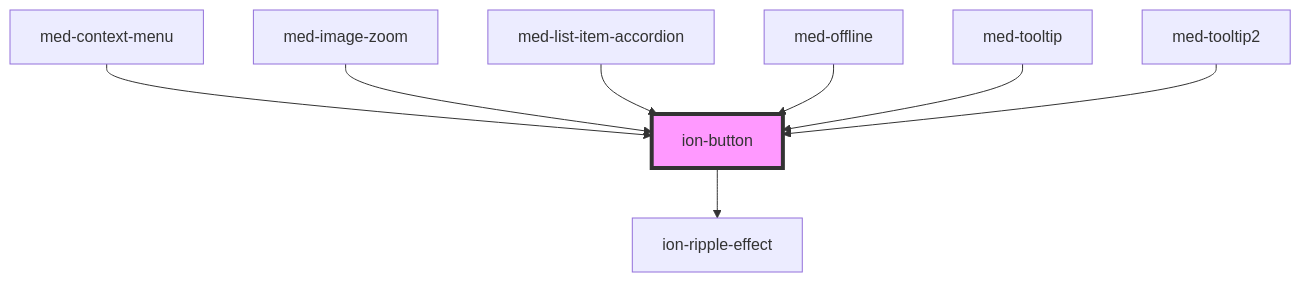
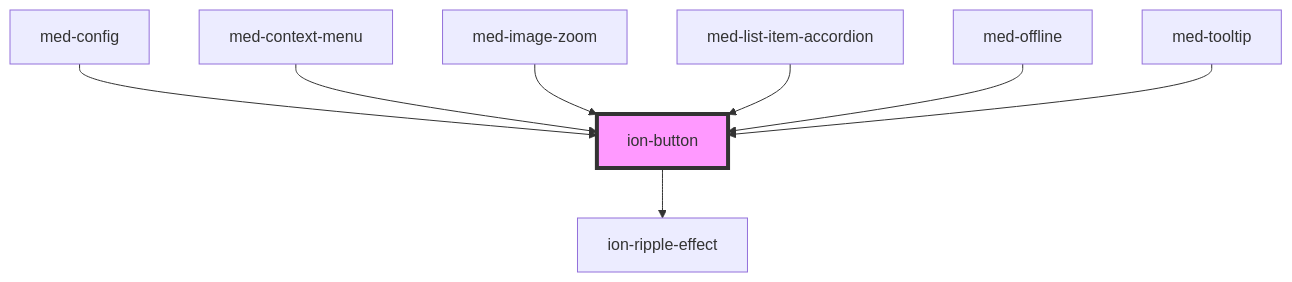
Before and after one commit to ionic-team/ionic-framework: the diagram in core/src/components/button/readme.md, drawn with Mermaid. The commit also changed other lines of this file and 450 other files, not shown here.

````diff
--- a/core/src/components/button/readme.md
+++ b/core/src/components/button/readme.md
@@ -384,11 +386,11 @@
 ```mermaid
 graph TD;
   ion-button --> ion-ripple-effect
+  med-config --> ion-button
   med-context-menu --> ion-button
   med-image-zoom --> ion-button
   med-list-item-accordion --> ion-button
   med-offline --> ion-button
   med-tooltip --> ion-button
-  med-tooltip2 --> ion-button
   style ion-button fill:#f9f,stroke:#333,stroke-width:4px
 ```
````
